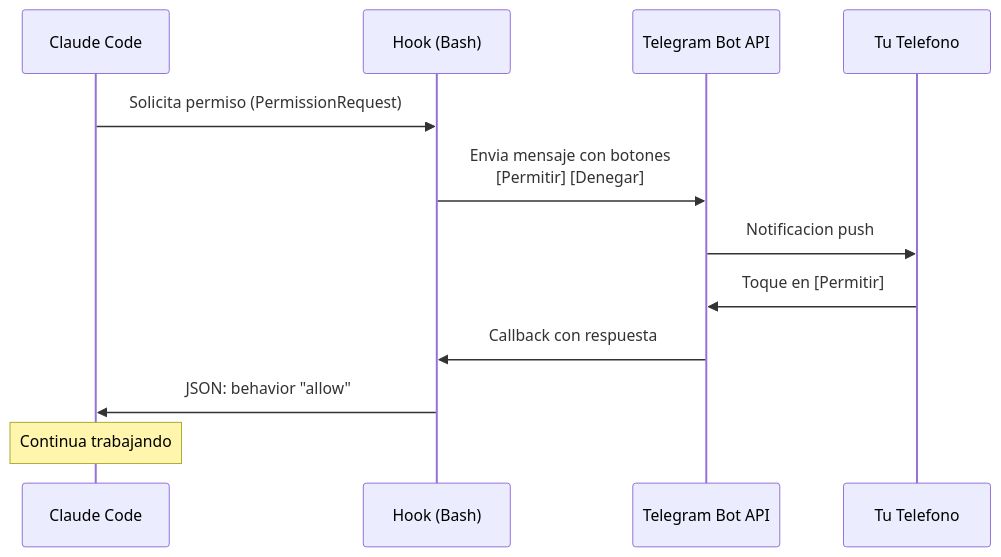
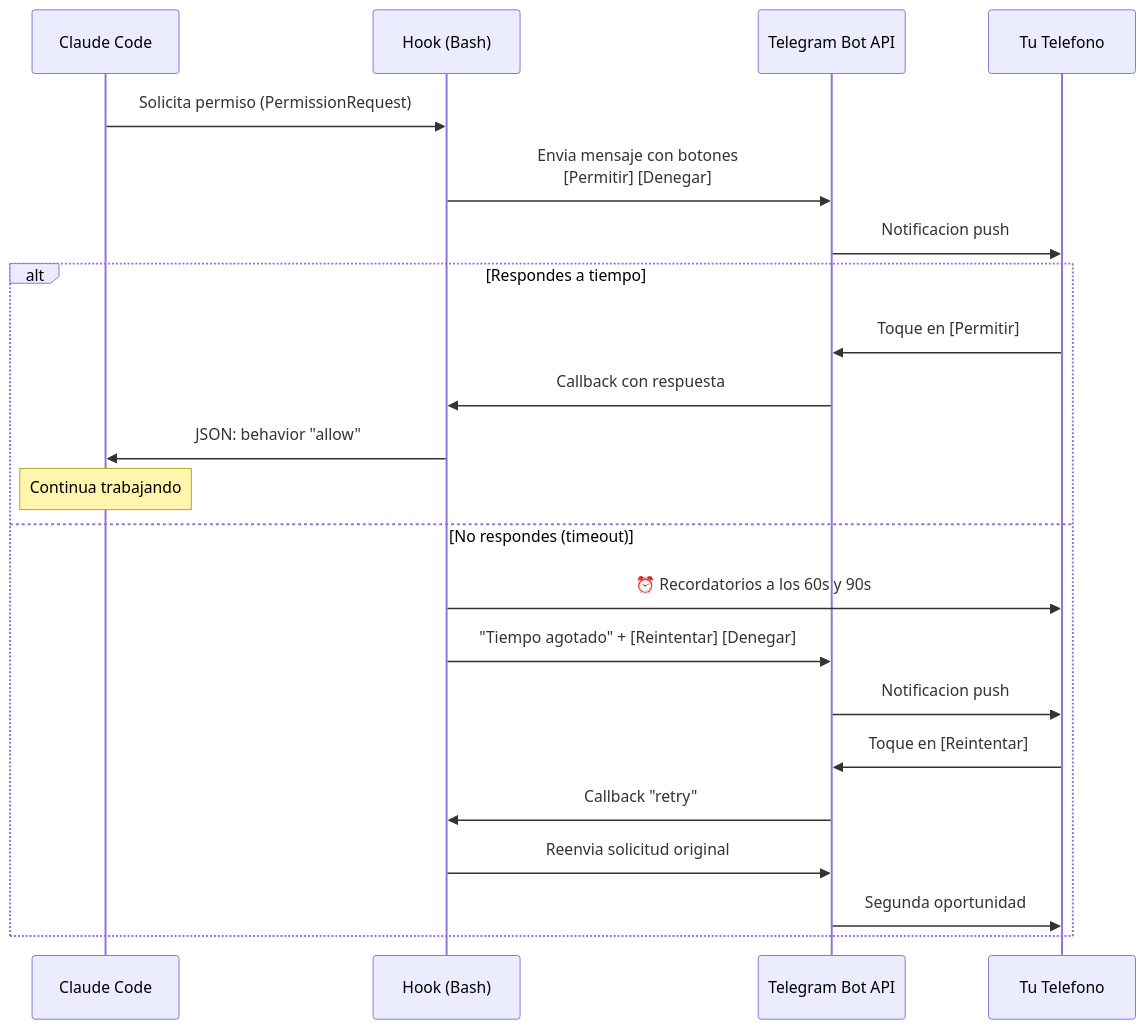
One commit to webcomunicasolutions/claude-telegram-hook changed the diagram in README_ES.md. Above: the diagram before and after it, drawn with Mermaid. The commit also changed other lines of this file and 3 other files, not shown here.

````diff
--- a/README_ES.md
+++ b/README_ES.md
@@ -183,15 +185,26 @@
 ```mermaid
 sequenceDiagram
     participant C as Claude Code
     participant H as Hook (Bash)
     participant T as Telegram Bot API
     participant U as Tu Telefono
 
     C->>H: Solicita permiso (PermissionRequest)
     H->>T: Envia mensaje con botones<br/>[Permitir] [Denegar]
     T->>U: Notificacion push
-    U->>T: Toque en [Permitir]
-    T->>H: Callback con respuesta
-    H->>C: JSON: behavior "allow"
-    Note over C: Continua trabajando
+
+    alt Respondes a tiempo
+        U->>T: Toque en [Permitir]
+        T->>H: Callback con respuesta
+        H->>C: JSON: behavior "allow"
+        Note over C: Continua trabajando
+    else No respondes (timeout)
+        H->>U: ⏰ Recordatorios a los 60s y 90s
+        H->>T: "Tiempo agotado" + [Reintentar] [Denegar]
+        T->>U: Notificacion push
+        U->>T: Toque en [Reintentar]
+        T->>H: Callback "retry"
+        H->>T: Reenvia solicitud original
+        T->>U: Segunda oportunidad
+    end
 ```
````
